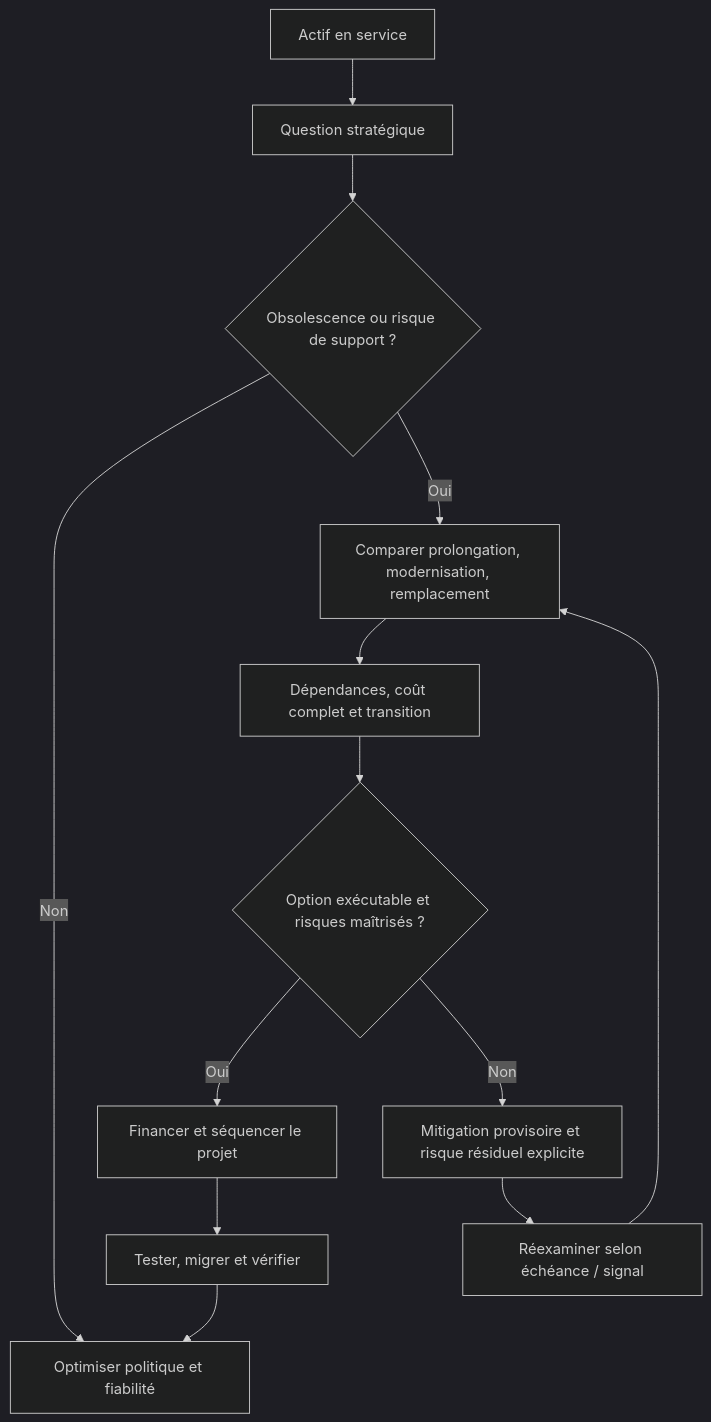
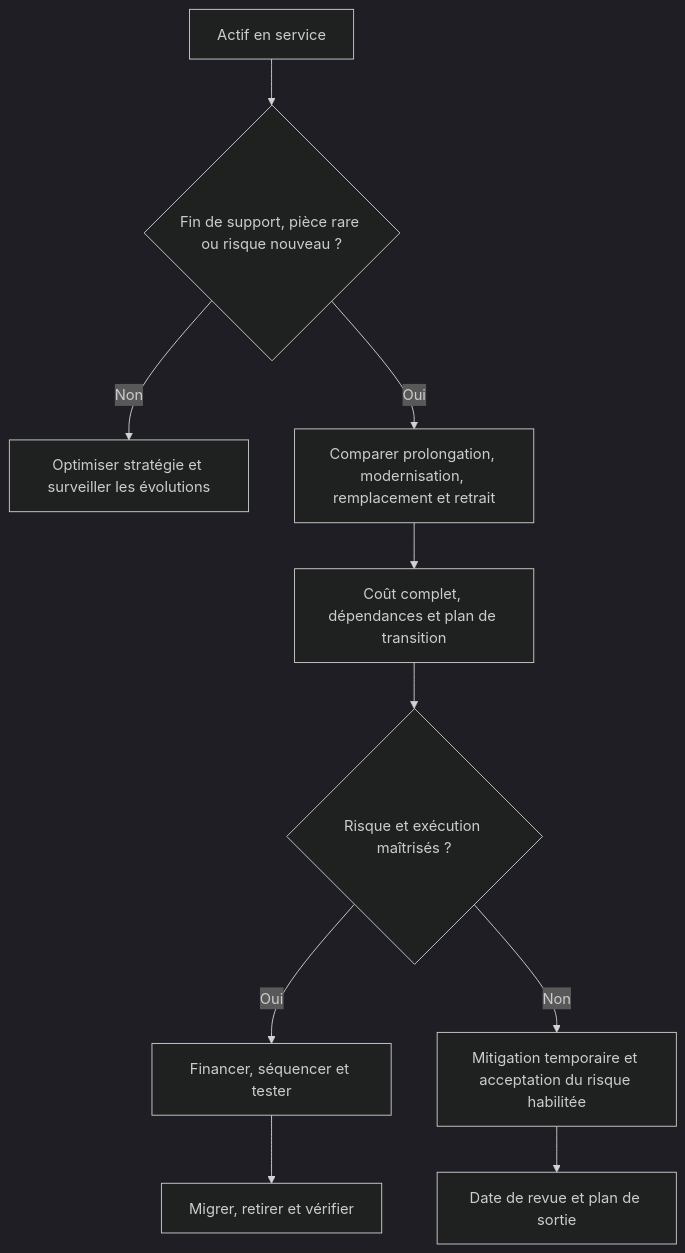
The tenth of 16 diagrams in content/lessons/maint-strategie-expert.md (biggyseven/Skill-Tree), drawn with Mermaid (dark theme) before and after one commit. The commit also changed other lines of this file, not shown here.

Commit message:
Clarifier les schémas de stratégie de maintenance et de fiabilité

```diff
--- a/content/lessons/maint-strategie-expert.md
+++ b/content/lessons/maint-strategie-expert.md
@@ -191,15 +187,12 @@
 ~~~mermaid
 flowchart TD
-  A["Actif en service"] --> B["Question stratégique"]
-  B --> C{"Obsolescence ou risque de support ?"}
-  C -- "Non" --> D["Optimiser politique et fiabilité"]
-  C -- "Oui" --> E["Comparer prolongation, modernisation, remplacement"]
-  E --> F["Dépendances, coût complet et transition"]
-  F --> G{"Option exécutable et risques maîtrisés ?"}
-  G -- "Oui" --> H["Financer et séquencer le projet"]
-  G -- "Non" --> I["Mitigation provisoire et risque résiduel explicite"]
-  H --> J["Tester, migrer et vérifier"]
-  I --> K["Réexaminer selon échéance / signal"]
-  J --> D
-  K --> E
+  A["Actif en service"] --> B{"Fin de support, pièce rare ou risque nouveau ?"}
+  B -- "Non" --> C["Optimiser stratégie et surveiller les évolutions"]
+  B -- "Oui" --> D["Comparer prolongation, modernisation, remplacement et retrait"]
+  D --> E["Coût complet, dépendances et plan de transition"]
+  E --> F{"Risque et exécution maîtrisés ?"}
+  F -- "Oui" --> G["Financer, séquencer et tester"]
+  F -- "Non" --> H["Mitigation temporaire et acceptation du risque habilitée"]
+  G --> I["Migrer, retirer et vérifier"]
+  H --> J["Date de revue et plan de sortie"]
 ~~~
```
